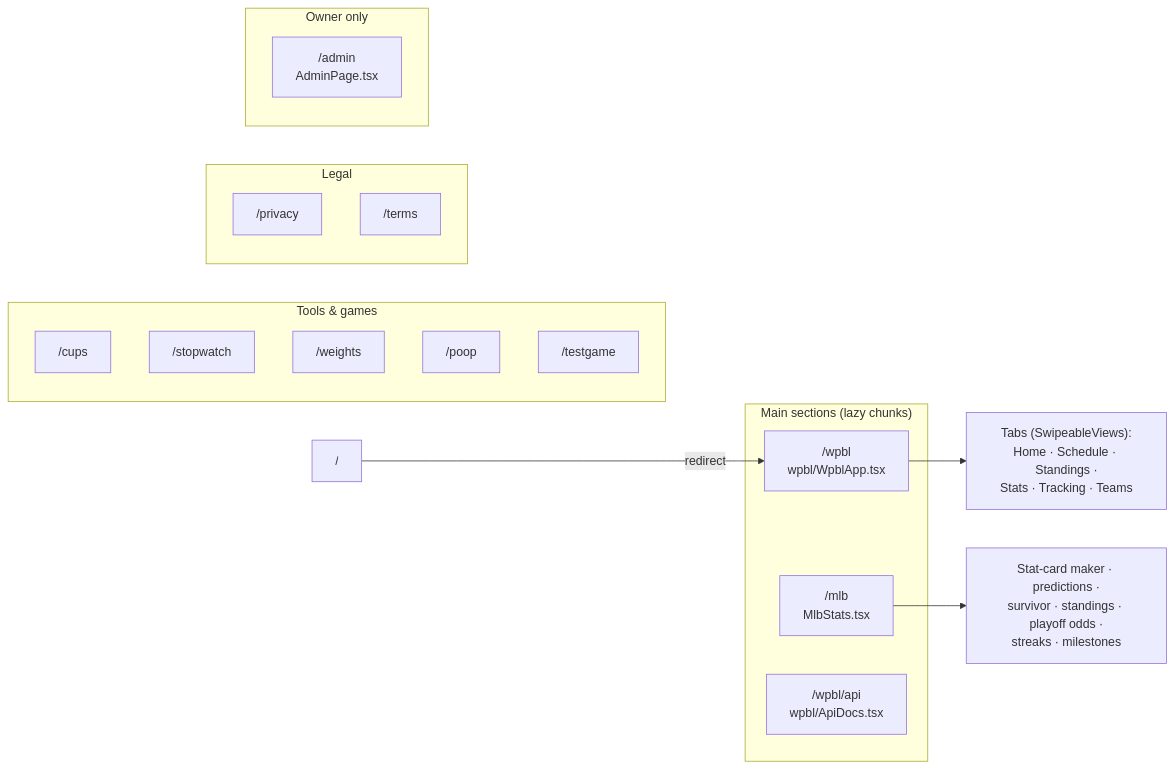
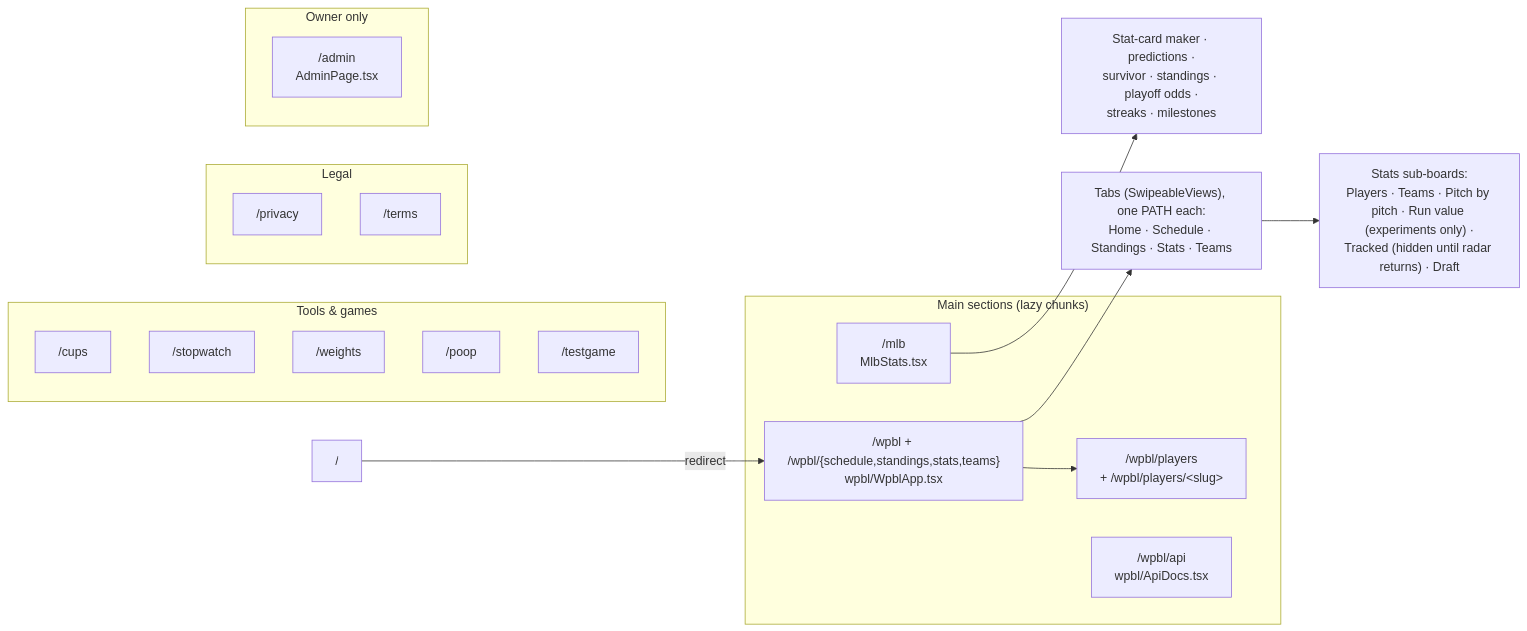
The second of 5 diagrams in ARCHITECTURE.md (sportydolphin/fun), drawn with Mermaid before and after one commit. The commit also changed other lines of this file and 20 other files, not shown here.

````diff
--- a/ARCHITECTURE.md
+++ b/ARCHITECTURE.md
@@ -99,29 +98,32 @@
 ```mermaid
 flowchart LR
     subgraph Main["Main sections (lazy chunks)"]
         mlb["/mlb<br/>MlbStats.tsx"]
-        wpbl["/wpbl<br/>wpbl/WpblApp.tsx"]
+        wpbl["/wpbl + /wpbl/{schedule,standings,stats,teams}<br/>wpbl/WpblApp.tsx"]
+        wplayers["/wpbl/players<br/>+ /wpbl/players/&lt;slug&gt;"]
         api["/wpbl/api<br/>wpbl/ApiDocs.tsx"]
     end
 
     subgraph Tools["Tools & games"]
         cups["/cups"]
         sw["/stopwatch"]
         wt["/weights"]
         poop["/poop"]
         tg["/testgame"]
     end
 
     subgraph Legal["Legal"]
         priv["/privacy"]
         terms["/terms"]
     end
 
     subgraph Owner["Owner only"]
         adm["/admin<br/>AdminPage.tsx"]
     end
 
     root["/"] -->|redirect| wpbl
-    wpbl --> wtabs["Tabs (SwipeableViews):<br/>Home · Schedule · Standings ·<br/>Stats · Tracking · Teams"]
+    wpbl --> wtabs["Tabs (SwipeableViews), one PATH each:<br/>Home · Schedule · Standings · Stats · Teams"]
+    wtabs --> wstats["Stats sub-boards:<br/>Players · Teams · Pitch by pitch · Run value (experiments only) ·<br/>Tracked (hidden until radar returns) · Draft"]
+    wpbl --> wplayers
     mlb --> mtabs["Stat-card maker · predictions ·<br/>survivor · standings · playoff odds ·<br/>streaks · milestones"]
 ```
````
